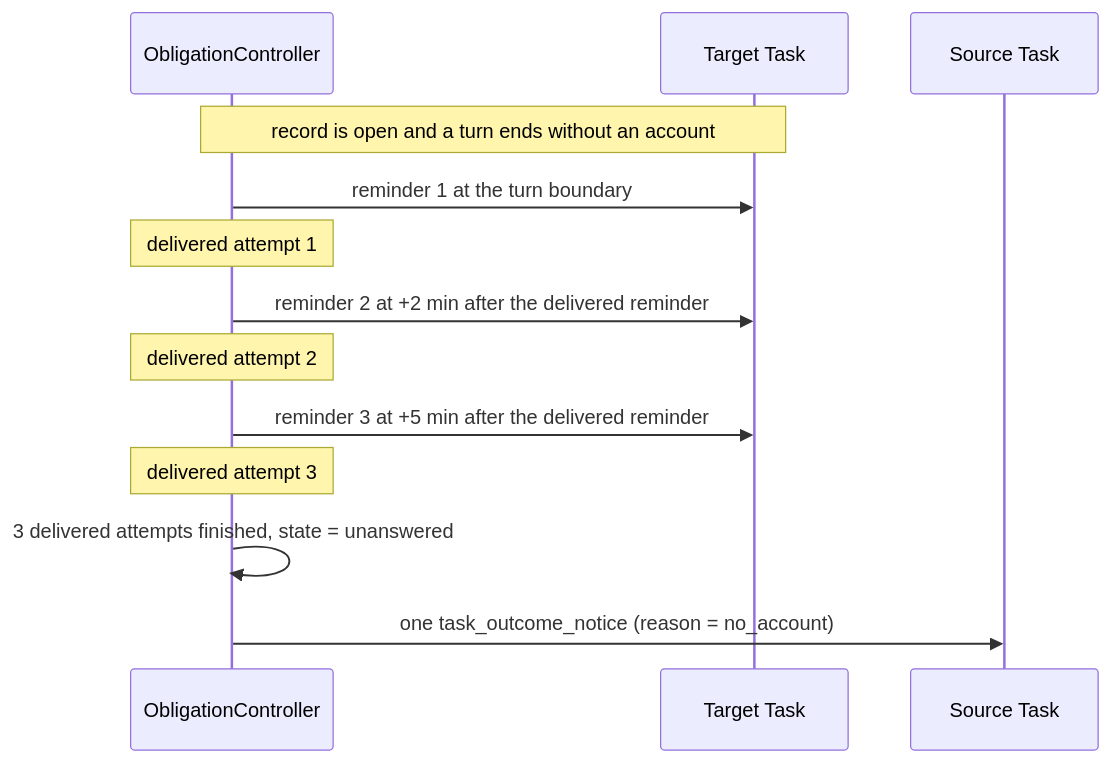
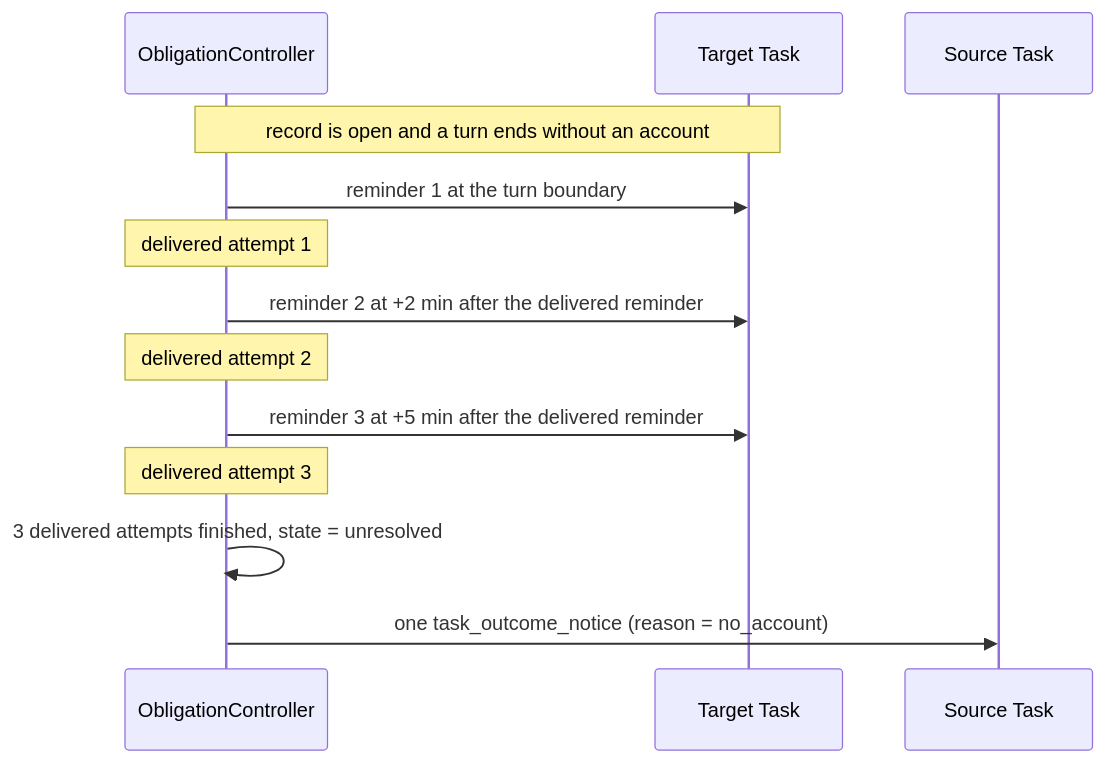
The third of 6 diagrams in docs/task-mcp.md (LelouchHe/webagent), drawn with Mermaid before and after one commit. The commit also changed other lines of this file and 8 other files, not shown here.

````diff
--- a/docs/task-mcp.md
+++ b/docs/task-mcp.md
@@ -243,16 +256,16 @@
 ```mermaid
 sequenceDiagram
     participant R as ObligationController
     participant T as Target Task
     participant S as Source Task
 
     Note over R,T: record is open and a turn ends without an account
     R->>T: reminder 1 at the turn boundary
     Note over R: delivered attempt 1
     R->>T: reminder 2 at +2 min after the delivered reminder
     Note over R: delivered attempt 2
     R->>T: reminder 3 at +5 min after the delivered reminder
     Note over R: delivered attempt 3
-    R->>R: 3 delivered attempts finished, state = unanswered
+    R->>R: 3 delivered attempts finished, state = unresolved
     R->>S: one task_outcome_notice (reason = no_account)
 ```
````
